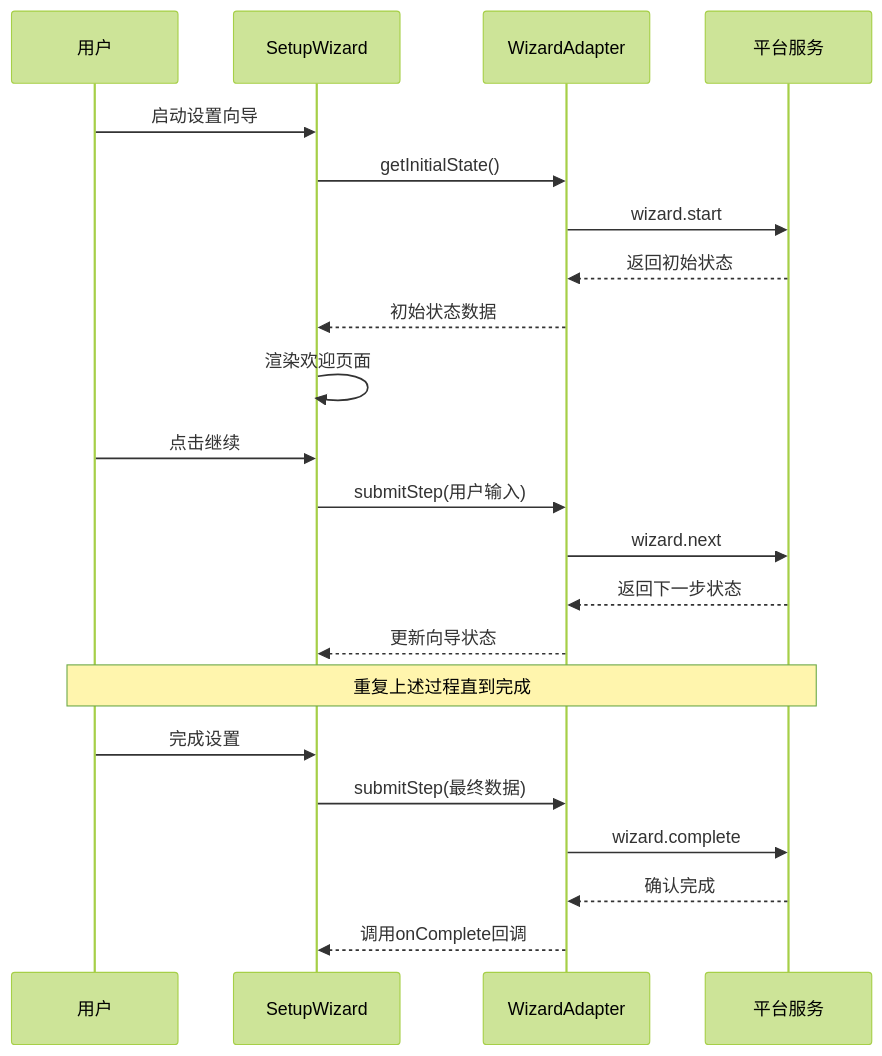
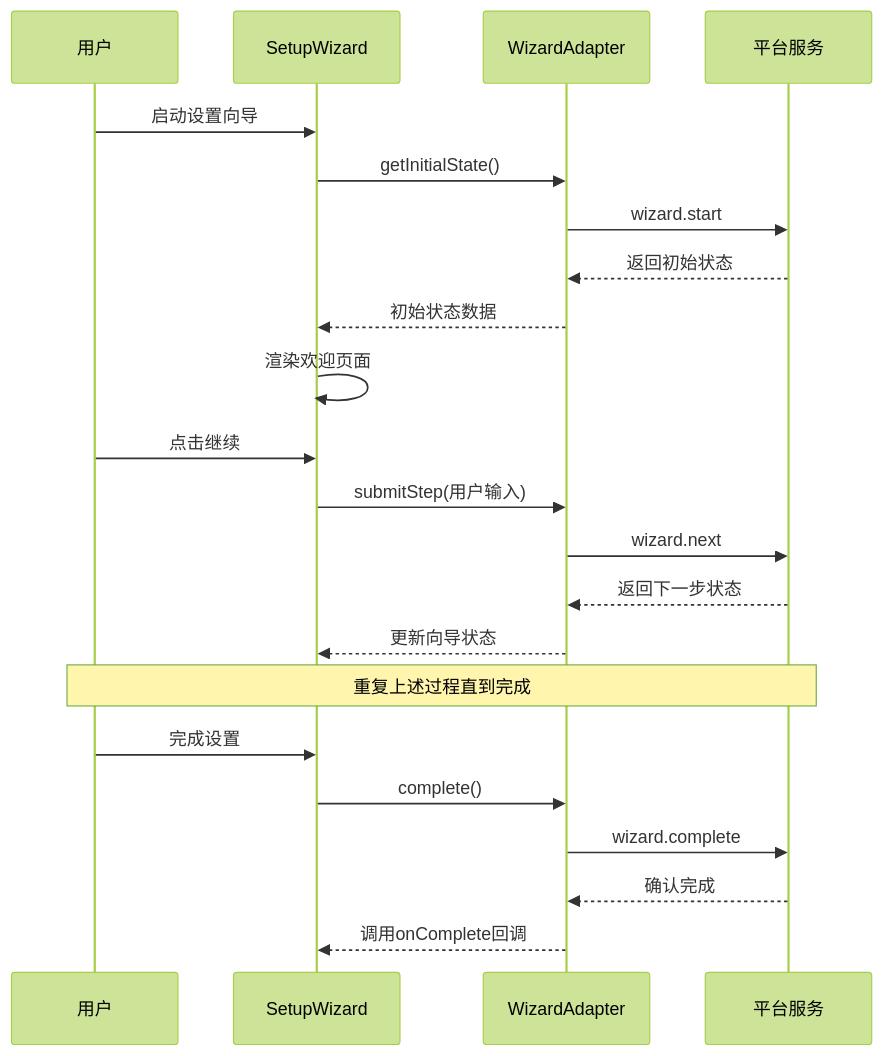
One commit to verse-ai-org/openclaw changed the third of 11 diagrams in .qoder/repowiki/zh/content/设置向导设计文档.md. Above: the diagram before and after it, drawn with Mermaid (forest theme). The commit also changed other lines of this file and 78 other files, not shown here.

````diff
--- a/.qoder/repowiki/zh/content/设置向导设计文档.md
+++ b/.qoder/repowiki/zh/content/设置向导设计文档.md
@@ -164,24 +200,24 @@
 ```mermaid
 sequenceDiagram
 participant User as 用户
 participant UI as SetupWizard
 participant Adapter as WizardAdapter
 participant Platform as 平台服务
 User->>UI : 启动设置向导
 UI->>Adapter : getInitialState()
 Adapter->>Platform : wizard.start
 Platform-->>Adapter : 返回初始状态
 Adapter-->>UI : 初始状态数据
 UI->>UI : 渲染欢迎页面
 User->>UI : 点击继续
 UI->>Adapter : submitStep(用户输入)
 Adapter->>Platform : wizard.next
 Platform-->>Adapter : 返回下一步状态
 Adapter-->>UI : 更新向导状态
 Note over User,Platform : 重复上述过程直到完成
 User->>UI : 完成设置
-UI->>Adapter : submitStep(最终数据)
+UI->>Adapter : complete()
 Adapter->>Platform : wizard.complete
 Platform-->>Adapter : 确认完成
 Adapter-->>UI : 调用onComplete回调
 ```
````
